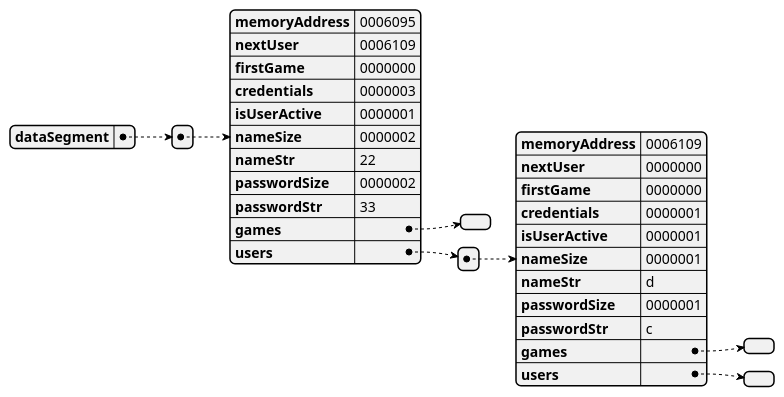
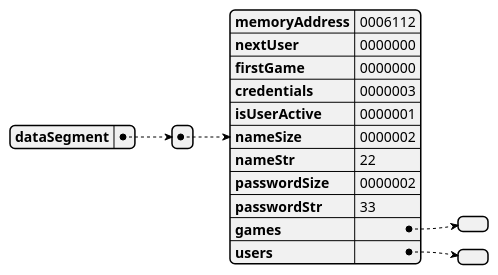
One commit to danielcuque/ACE1-PROYECTO2 changed the diagram in docs/uml/README.md. Above: the diagram before and after it, drawn with PlantUML. The commit also changed 4 other files, not shown here.

`````diff
--- a/docs/uml/README.md
+++ b/docs/uml/README.md
@@ -1,26 +1,16 @@
 ````plantuml
 @startjson memoryGraph
 {"dataSegment":
-[{"memoryAddress":"0006095",
-"nextUser":"0006109",
+[{"memoryAddress":"0006112",
+"nextUser":"0000000",
 "firstGame":"0000000",
 "credentials":"0000003",
 "isUserActive":"0000001",
 "nameSize":"0000002",
 "nameStr":"22",
 "passwordSize":"0000002",
 "passwordStr":"33",
 "games":[],
-"users":[{"memoryAddress":"0006109",
-"nextUser":"0000000",
-"firstGame":"0000000",
-"credentials":"0000001",
-"isUserActive":"0000001",
-"nameSize":"0000001",
-"nameStr":"d",
-"passwordSize":"0000001",
-"passwordStr":"c",
-"games":[],
-"users":[]}]}]}
+"users":[]}]}
 @endjson
 ````
`````
